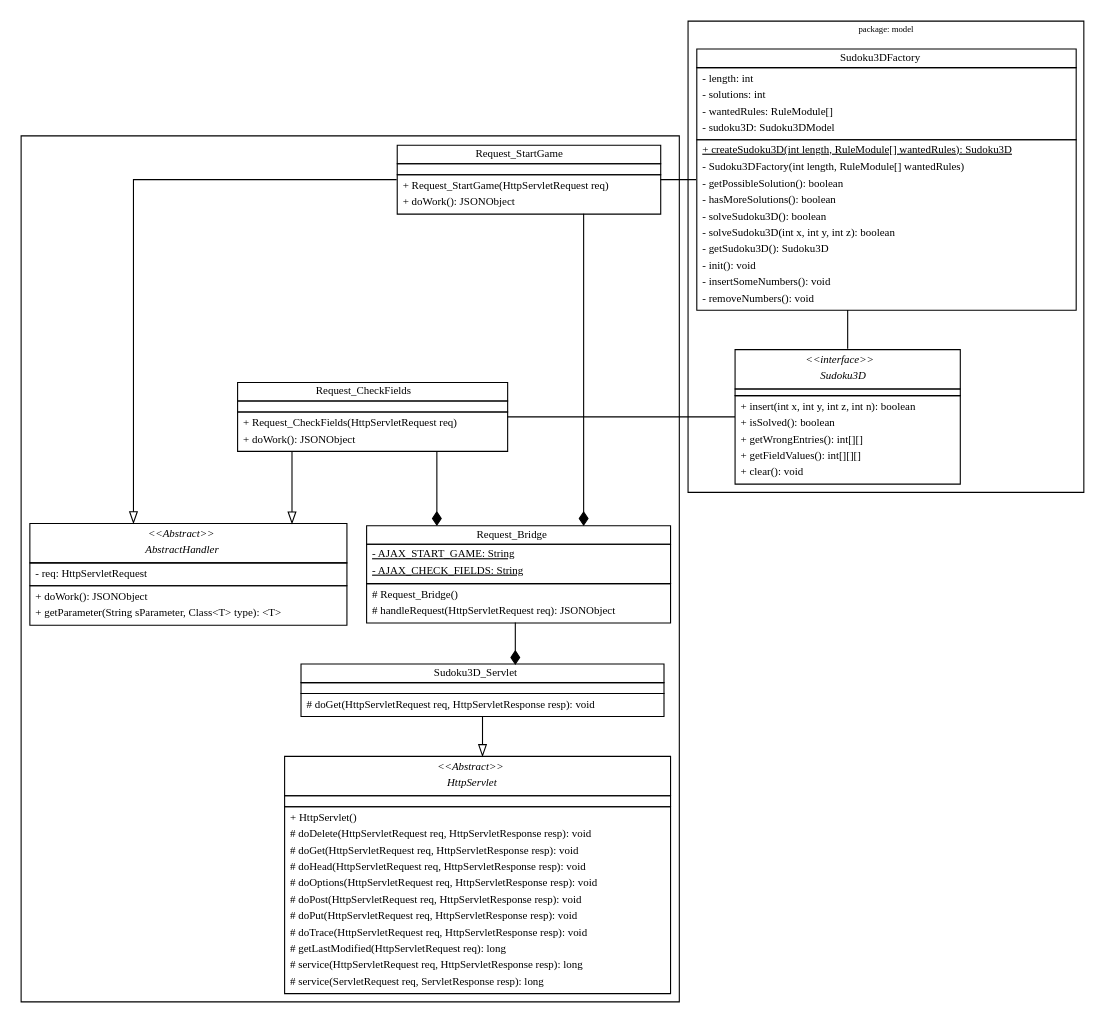
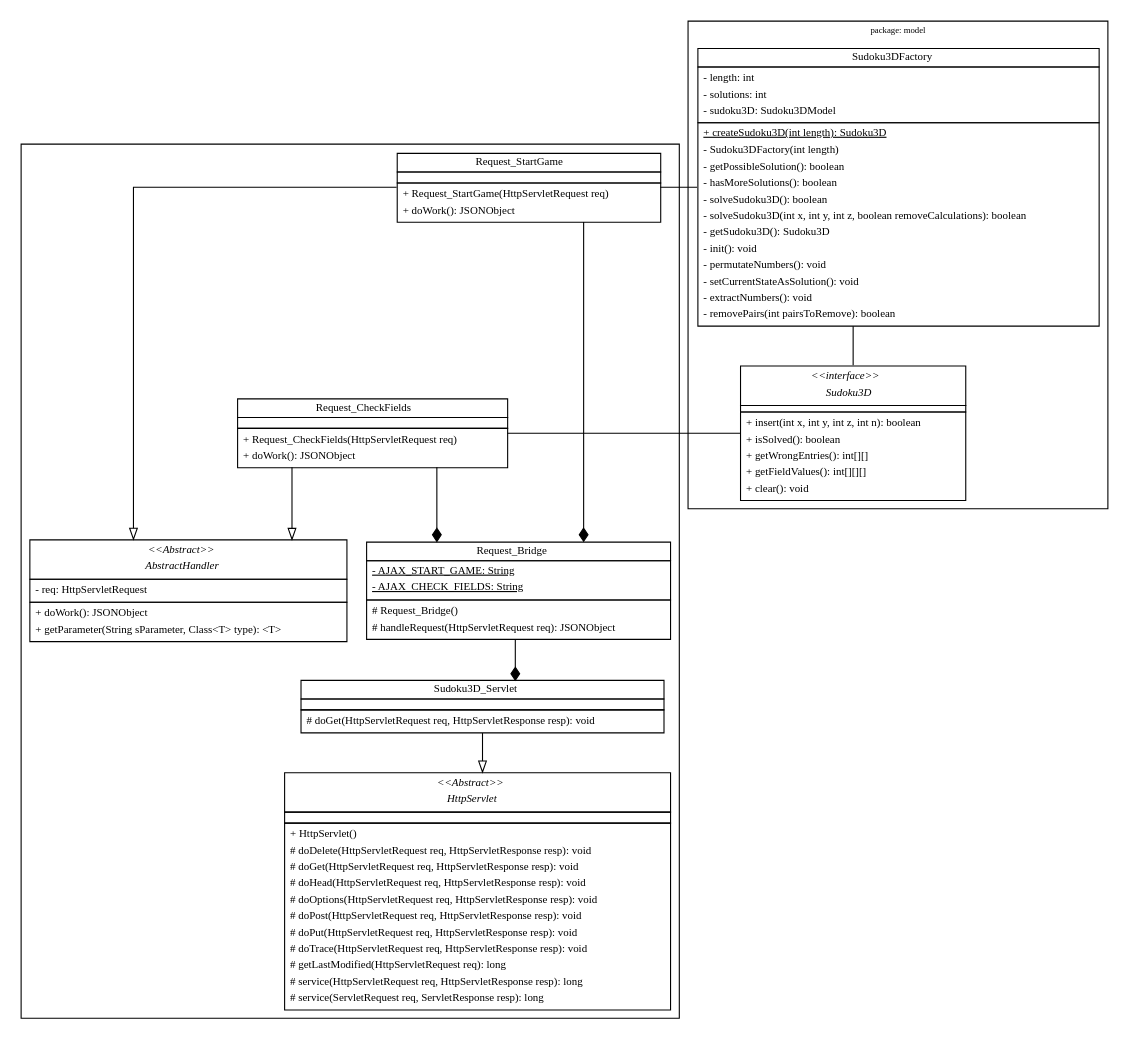
The diagram in doc/controller.dot (Mavpotter/Sudoku3D), drawn with Graphviz before and after one commit. The commit also changed 2 other files, not shown here.

Commit message:
applied to current state

```diff
--- a/doc/controller.dot
+++ b/doc/controller.dot
@@ -224,7 +224,6 @@
                         <table border="0" cellspacing="0" cellborder="0">
                             <tr><td align="left">- length: int</td></tr>
                             <tr><td align="left">- solutions: int</td></tr>
-                            <tr><td align="left">- wantedRules: RuleModule[]</td></tr>
                             <tr><td align="left">- sudoku3D: Sudoku3DModel</td></tr>
                         </table>
                     </td>
@@ -232,16 +231,18 @@
                 <tr>
                     <td>
                         <table border="0" cellspacing="0" cellborder="0">
-                            <tr><td align="left"><u>+ createSudoku3D(int length, RuleModule[] wantedRules): Sudoku3D</u></td></tr>
-                            <tr><td align="left">- Sudoku3DFactory(int length, RuleModule[] wantedRules)</td></tr>
+                            <tr><td align="left"><u>+ createSudoku3D(int length): Sudoku3D</u></td></tr>
+                            <tr><td align="left">- Sudoku3DFactory(int length)</td></tr>
                             <tr><td align="left">- getPossibleSolution(): boolean</td></tr>
                             <tr><td align="left">- hasMoreSolutions(): boolean</td></tr>
                             <tr><td align="left">- solveSudoku3D(): boolean</td></tr>
-                            <tr><td align="left">- solveSudoku3D(int x, int y, int z): boolean</td></tr>
+                            <tr><td align="left">- solveSudoku3D(int x, int y, int z, boolean removeCalculations): boolean</td></tr>
                             <tr><td align="left">- getSudoku3D(): Sudoku3D</td></tr>
                             <tr><td align="left">- init(): void</td></tr>
-                            <tr><td align="left">- insertSomeNumbers(): void</td></tr>
-                            <tr><td align="left">- removeNumbers(): void</td></tr>
+                            <tr><td align="left">- permutateNumbers(): void</td></tr>
+                            <tr><td align="left">- setCurrentStateAsSolution(): void</td></tr>
+                            <tr><td align="left">- extractNumbers(): void</td></tr>
+                            <tr><td align="left">- removePairs(int pairsToRemove): boolean</td></tr>
                         </table>
                     </td>
                 </tr>
```
